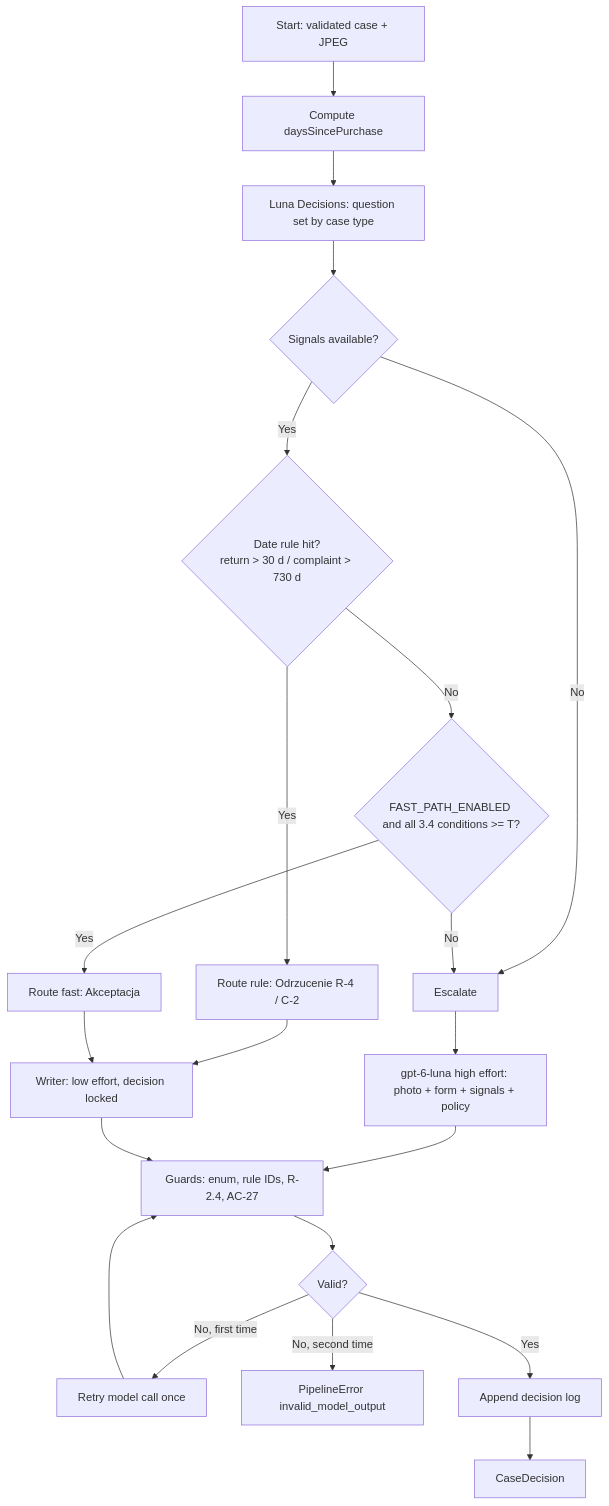
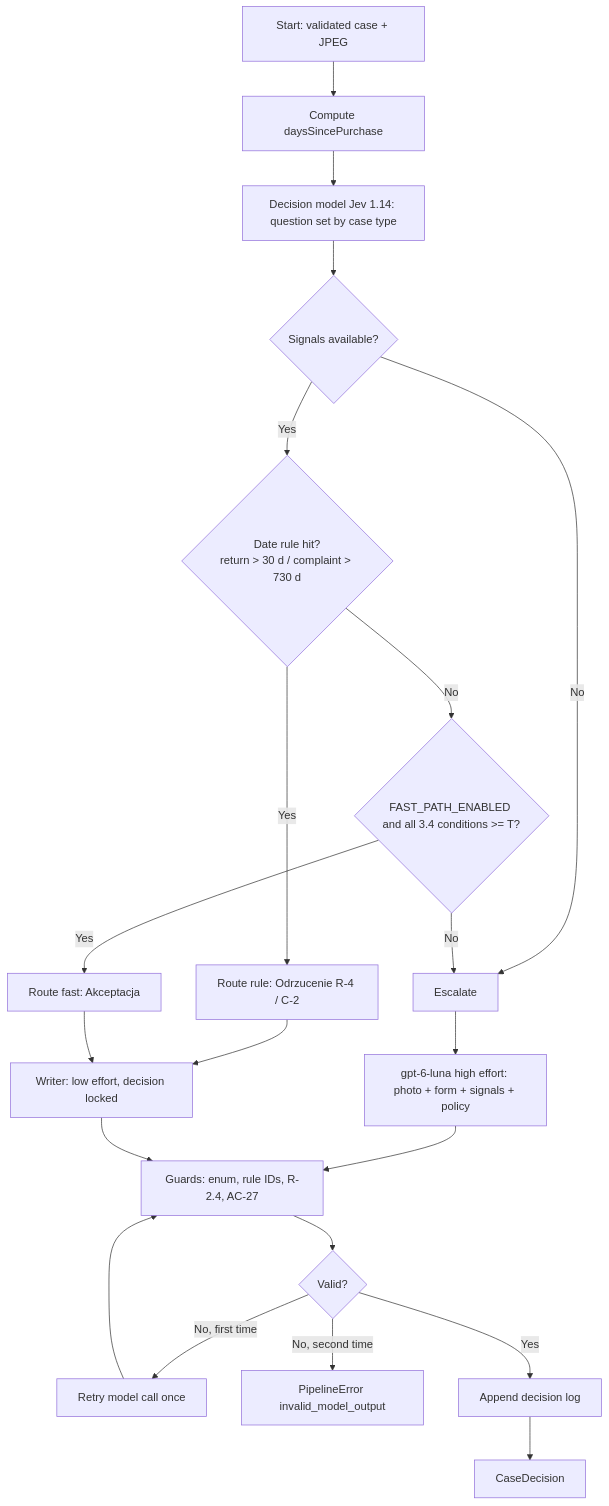
The second of 5 diagrams in docs/ADR/001-ai-decision-pipeline.md (LucasMatuszewski/jsystems-ai-programming-2026-11), drawn with Mermaid before and after one commit. The commit also changed other lines of this file and 2 other files, not shown here.

Commit message:
Docs: ADR-001 amendment A2 and plan rev. 5 for the Jev 1.14 decision model

````diff
--- a/docs/ADR/001-ai-decision-pipeline.md
+++ b/docs/ADR/001-ai-decision-pipeline.md
@@ -267,19 +269,19 @@
 ```mermaid
 flowchart TD
     S[Start: validated case + JPEG] --> D[Compute daysSincePurchase]
-    D --> Q[Luna Decisions: question set by case type]
+    D --> Q[Decision model Jev 1.14: question set by case type]
     Q --> QA{Signals available?}
     QA -- No --> E[Escalate]
     QA -- Yes --> R{Date rule hit?<br/>return > 30 d / complaint > 730 d}
     R -- Yes --> RW[Route rule: Odrzucenie R-4 / C-2] --> W[Writer: low effort, decision locked]
     R -- No --> FP{FAST_PATH_ENABLED and all 3.4 conditions >= T?}
     FP -- Yes --> FA[Route fast: Akceptacja] --> W
     FP -- No --> E
     E --> L[gpt-6-luna high effort: photo + form + signals + policy]
     L --> G[Guards: enum, rule IDs, R-2.4, AC-27]
     W --> G
     G --> V{Valid?}
     V -- No, first time --> RETRY[Retry model call once] --> G
     V -- No, second time --> F[PipelineError invalid_model_output]
     V -- Yes --> LOG[Append decision log] --> OUT[CaseDecision]
 ```
````
